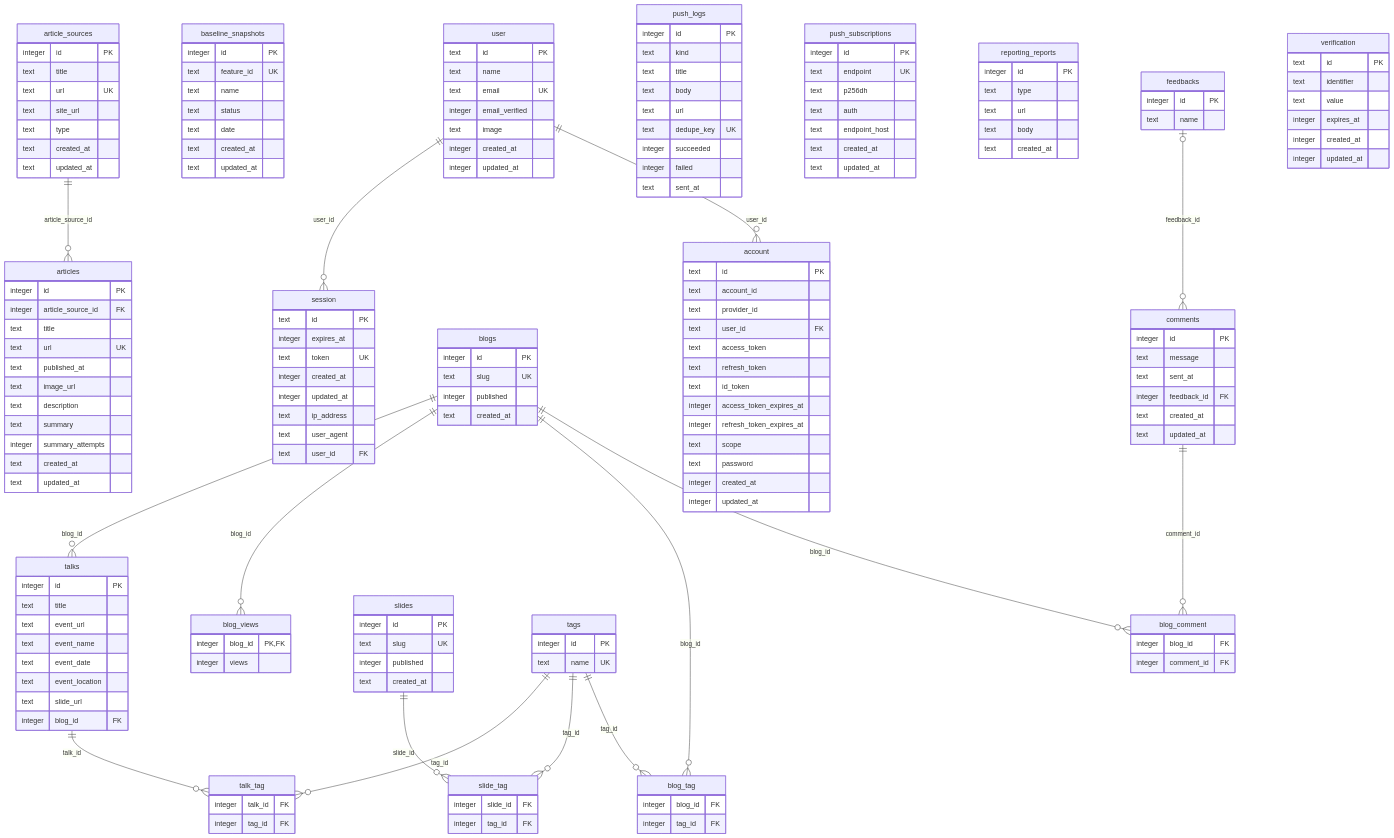
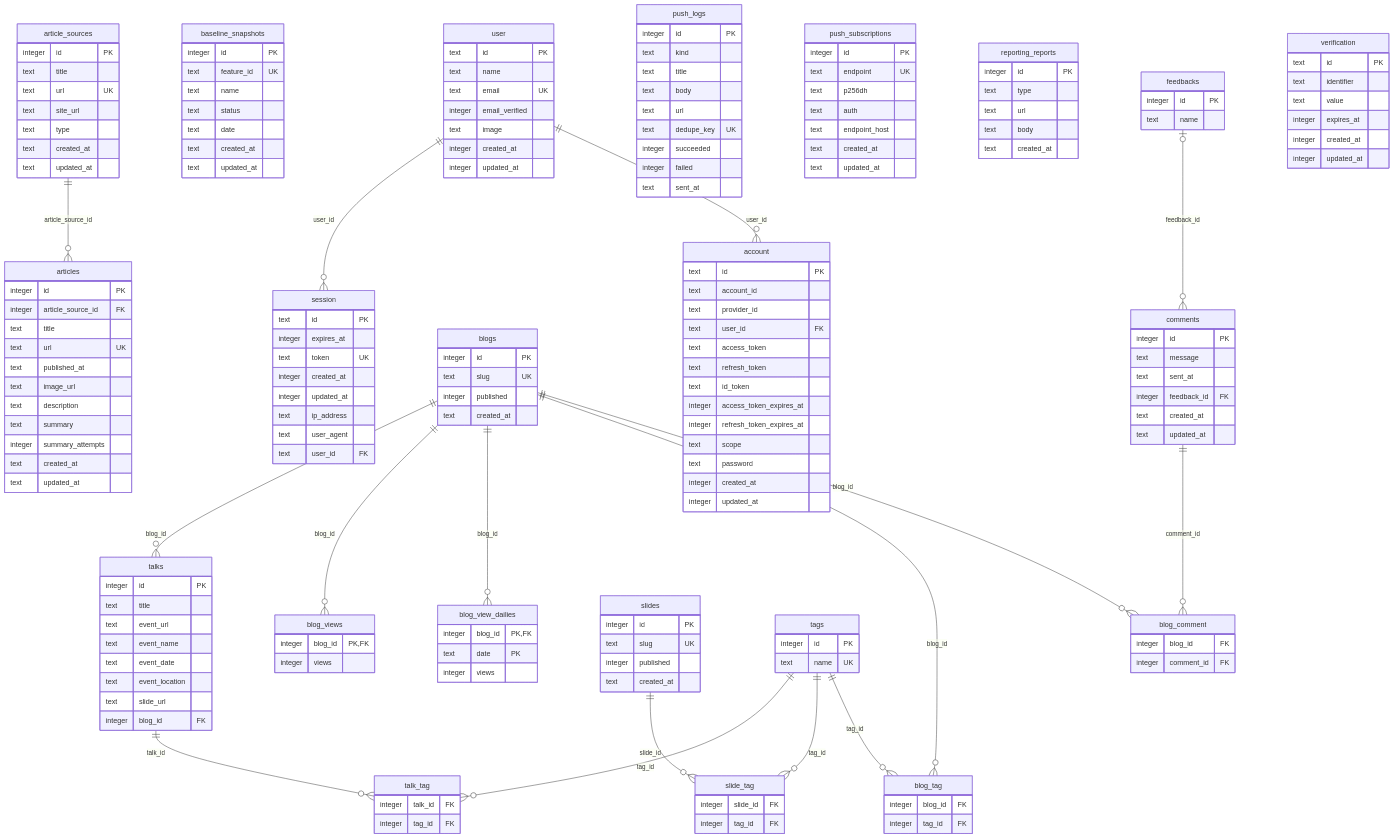
One commit to k35o/k8o changed the diagram in packages/database/README.md. Above: the diagram before and after it, drawn with Mermaid. The commit also changed 10 other files, not shown here.

```diff
--- a/packages/database/README.md
+++ b/packages/database/README.md
@@ -113,6 +113,11 @@
   blog_tag {
     integer blog_id FK
     integer tag_id FK
+  }
+  blog_view_dailies {
+    integer blog_id PK,FK
+    text date PK
+    integer views
   }
   blog_views {
     integer blog_id PK,FK
@@ -221,6 +226,7 @@
   article_sources ||--o{ articles : "article_source_id"
   blogs ||--o{ blog_comment : "blog_id"
   blogs ||--o{ blog_tag : "blog_id"
+  blogs ||--o{ blog_view_dailies : "blog_id"
   blogs ||--o{ blog_views : "blog_id"
   blogs ||--o{ talks : "blog_id"
   comments ||--o{ blog_comment : "comment_id"
```
